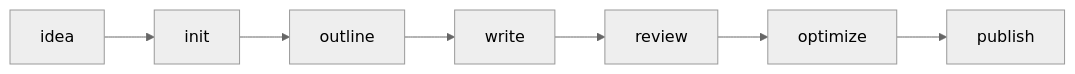
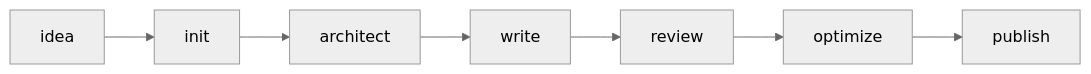
Before and after one commit to Tooooommy/novel-flow: the diagram in .trae/skills/nf-novel-flow/SKILL.md, drawn with Mermaid (neutral theme). The commit also changed other lines of this file and 4 other files, not shown here.

Commit message:
优化: nf-novel-flow集成style-learner和process-analyst

````diff
--- a/.trae/skills/nf-novel-flow/SKILL.md
+++ b/.trae/skills/nf-novel-flow/SKILL.md
@@ -83,4 +83,4 @@
 ```mermaid
 flowchart LR
-    A[idea] --> B[init] --> C[outline] --> D[write] --> E[review] --> F[optimize] --> G[publish]
+    A[idea] --> B[init] --> C[architect] --> D[write] --> E[review] --> F[optimize] --> G[publish]
 ```
````
